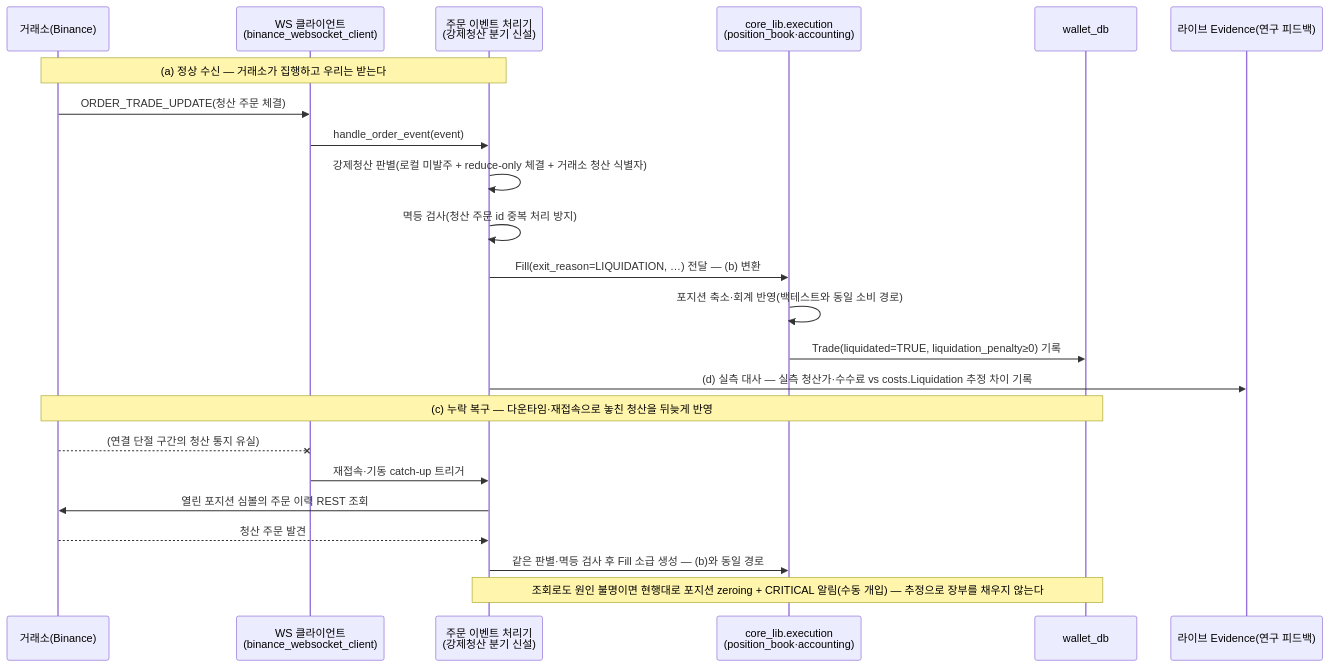
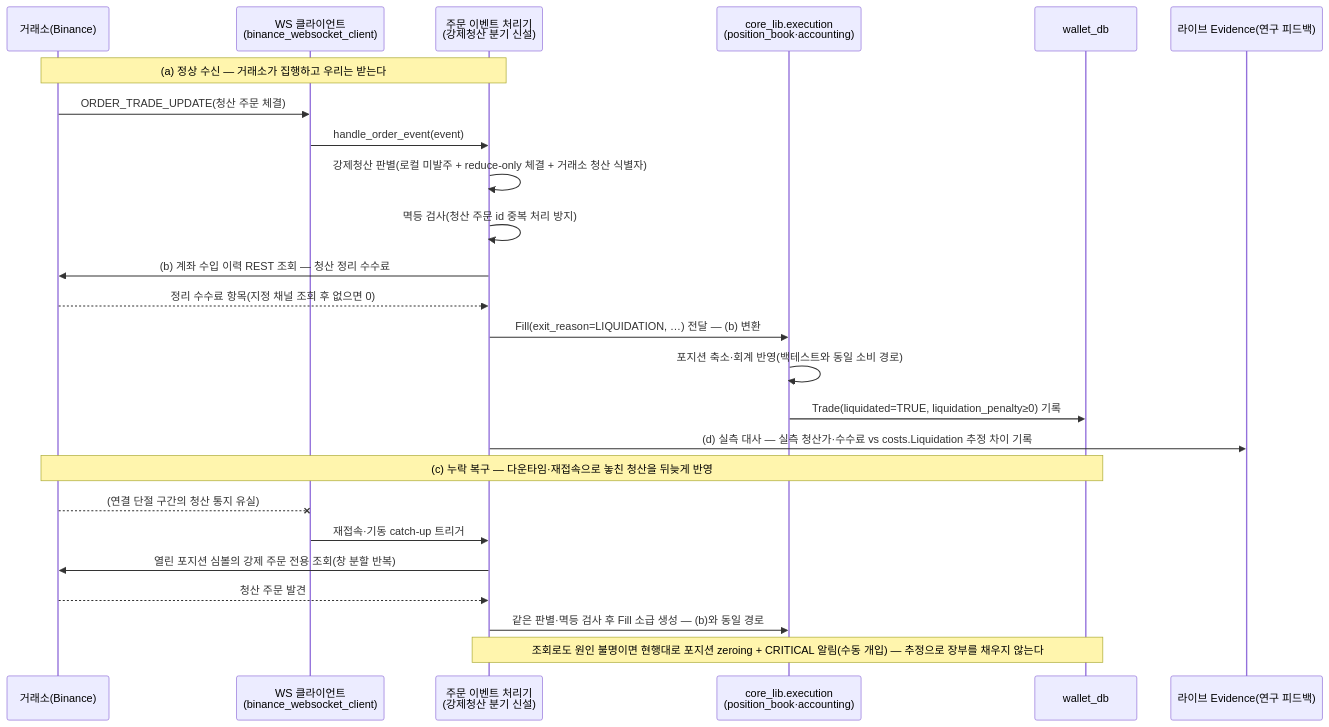
Diagram 27 of 28 in docs/fullspec/backtest_v2_detailed_design.md (vessel35/trading-system-v2), drawn with Mermaid before and after one commit. The commit also changed other lines of this file, not shown here.

````diff
--- a/docs/fullspec/backtest_v2_detailed_design.md
+++ b/docs/fullspec/backtest_v2_detailed_design.md
@@ -3633,25 +3634,27 @@
 ```mermaid
 sequenceDiagram
     participant EX as 거래소(Binance)
     participant WSC as WS 클라이언트<br/>(binance_websocket_client)
     participant H as 주문 이벤트 처리기<br/>(강제청산 분기 신설)
     participant EXE as core_lib.execution<br/>(position_book·accounting)
     participant DB as wallet_db
     participant EV as 라이브 Evidence(연구 피드백)
     Note over EX,H: (a) 정상 수신 — 거래소가 집행하고 우리는 받는다
     EX->>WSC: ORDER_TRADE_UPDATE(청산 주문 체결)
     WSC->>H: handle_order_event(event)
     H->>H: 강제청산 판별(로컬 미발주 + reduce-only 체결 + 거래소 청산 식별자)
     H->>H: 멱등 검사(청산 주문 id 중복 처리 방지)
+    H->>EX: (b) 계좌 수입 이력 REST 조회 — 청산 정리 수수료
+    EX-->>H: 정리 수수료 항목(지정 채널 조회 후 없으면 0)
     H->>EXE: Fill(exit_reason=LIQUIDATION, …) 전달 — (b) 변환
     EXE->>EXE: 포지션 축소·회계 반영(백테스트와 동일 소비 경로)
     EXE->>DB: Trade(liquidated=TRUE, liquidation_penalty≥0) 기록
     H->>EV: (d) 실측 대사 — 실측 청산가·수수료 vs costs.Liquidation 추정 차이 기록
     Note over EX,DB: (c) 누락 복구 — 다운타임·재접속으로 놓친 청산을 뒤늦게 반영
     EX--xWSC: (연결 단절 구간의 청산 통지 유실)
     WSC->>H: 재접속·기동 catch-up 트리거
-    H->>EX: 열린 포지션 심볼의 주문 이력 REST 조회
+    H->>EX: 열린 포지션 심볼의 강제 주문 전용 조회(창 분할 반복)
     EX-->>H: 청산 주문 발견
     H->>EXE: 같은 판별·멱등 검사 후 Fill 소급 생성 — (b)와 동일 경로
     Note over H,DB: 조회로도 원인 불명이면 현행대로 포지션 zeroing + CRITICAL 알림(수동 개입) — 추정으로 장부를 채우지 않는다
 ```
````
